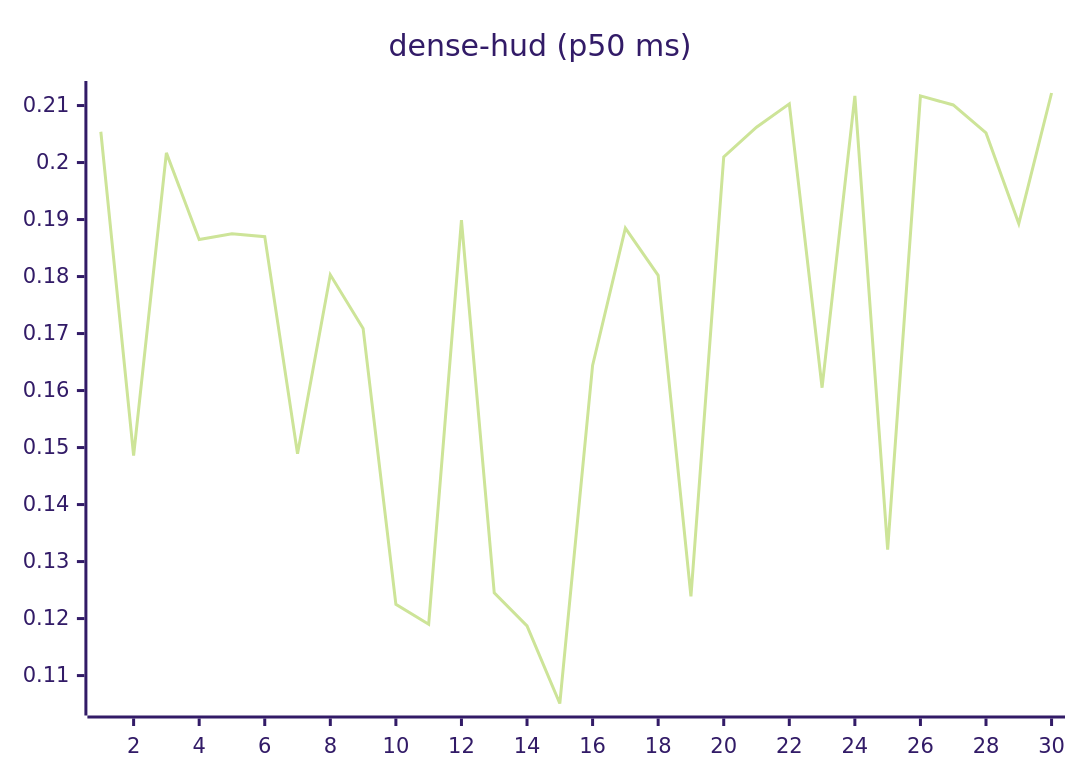
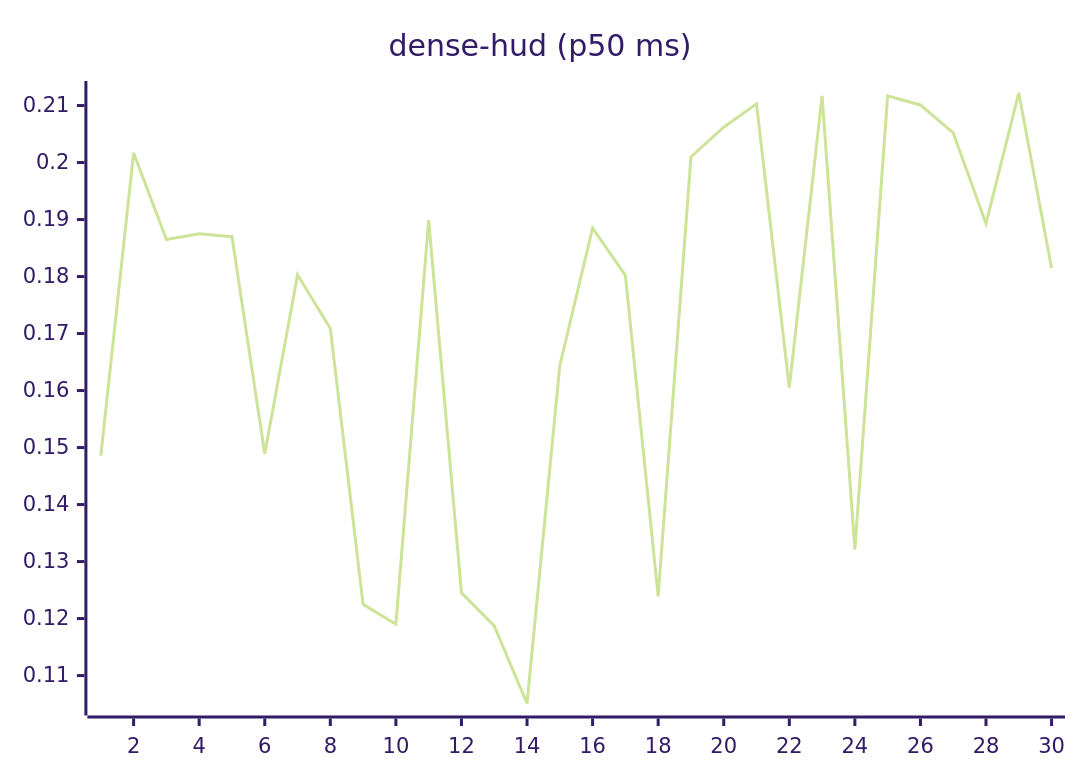
The eighth of 27 diagrams in README.md (josha/Facet), drawn with Mermaid (forest theme) before and after one commit. The commit also changed other lines of this file and 2 other files, not shown here.

````diff
--- a/README.md
+++ b/README.md
@@ -112,6 +112,6 @@
 ```mermaid
 xychart-beta
     title "dense-hud (p50 ms)"
     x-axis 1 --> 30
-    line [0.2054, 0.1486, 0.2017, 0.1865, 0.1875, 0.1870, 0.1489, 0.1803, 0.1709, 0.1225, 0.1190, 0.1899, 0.1245, 0.1187, 0.1051, 0.1644, 0.1885, 0.1802, 0.1239, 0.2010, 0.2062, 0.2103, 0.1605, 0.2117, 0.1321, 0.2117, 0.2101, 0.2052, 0.1893, 0.2122]
+    line [0.1486, 0.2017, 0.1865, 0.1875, 0.1870, 0.1489, 0.1803, 0.1709, 0.1225, 0.1190, 0.1899, 0.1245, 0.1187, 0.1051, 0.1644, 0.1885, 0.1802, 0.1239, 0.2010, 0.2062, 0.2103, 0.1605, 0.2117, 0.1321, 0.2117, 0.2101, 0.2052, 0.1893, 0.2122, 0.1815]
 ```
````
